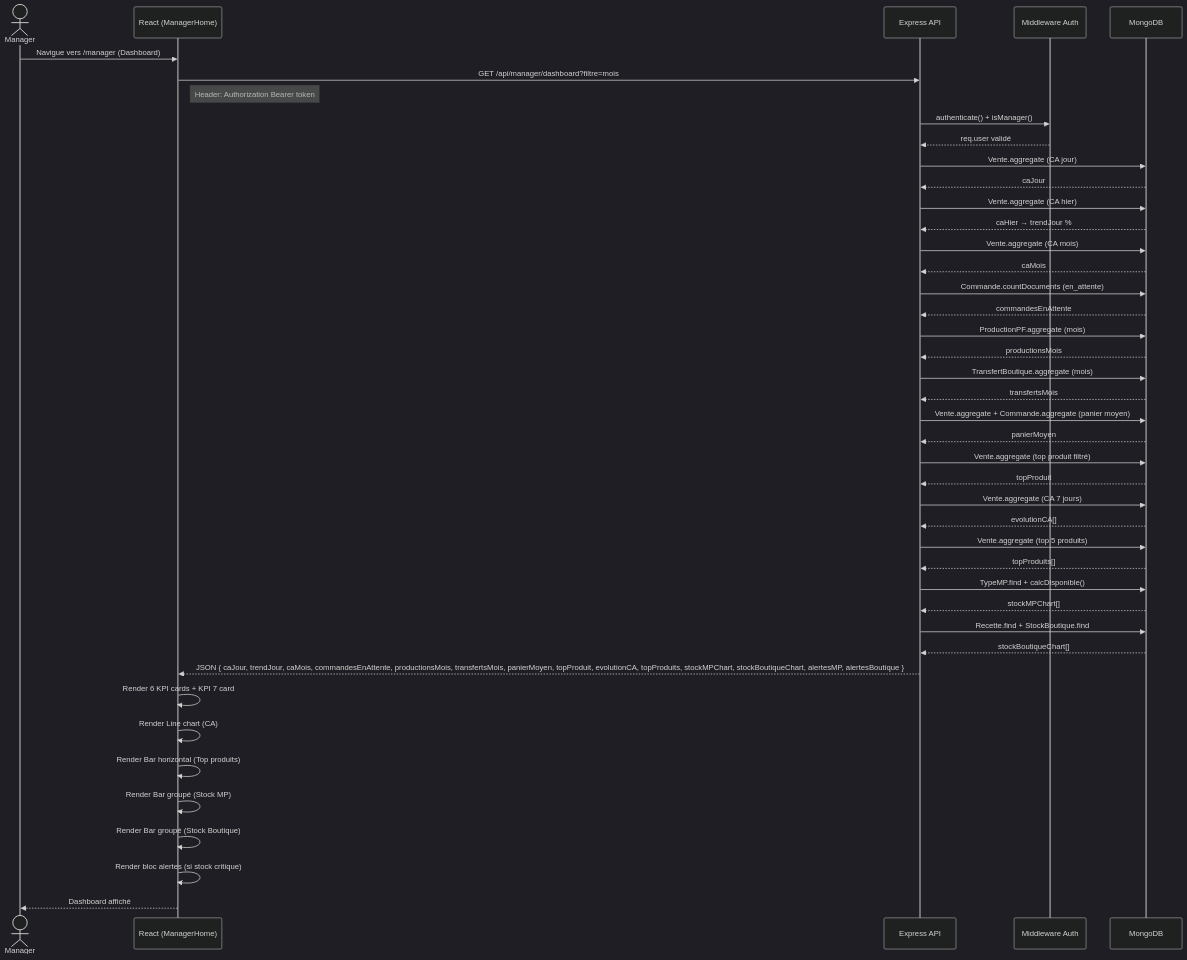
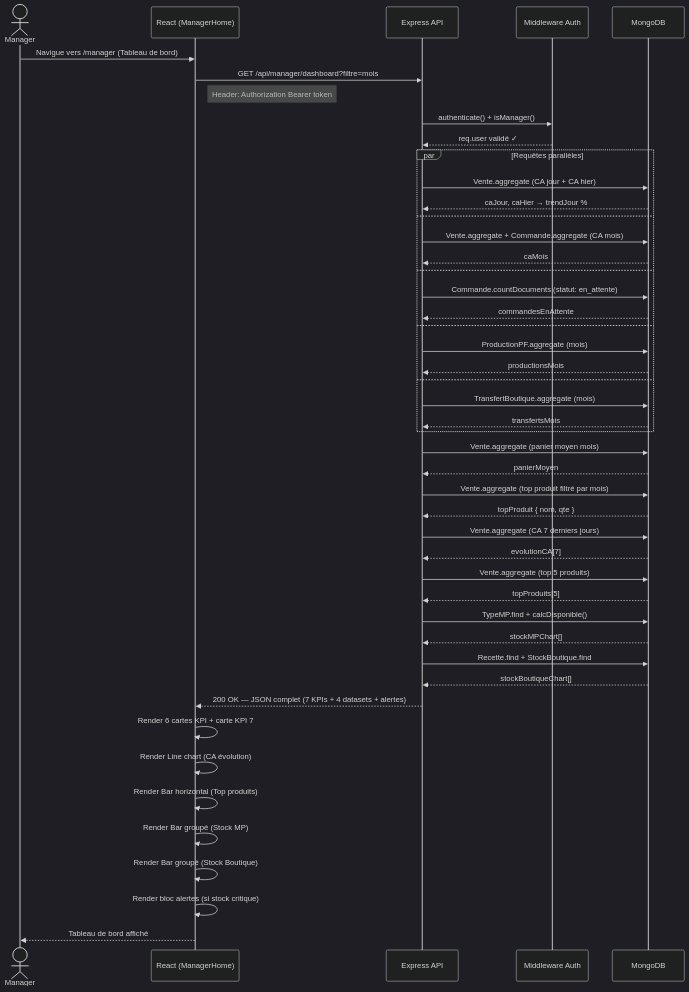
One commit to mo3t3z/smartjuiceM changed the second of 6 diagrams in rapport_sprint4.md. Above: the diagram before and after it, drawn with Mermaid (dark theme). The commit also changed other lines of this file and 4 other files, not shown here.

````diff
--- a/rapport_sprint4.md
+++ b/rapport_sprint4.md
@@ -295,62 +177,61 @@
 ```mermaid
 sequenceDiagram
     actor Manager
-    participant Frontend as React (ManagerHome)
+    participant React as React (ManagerHome)
     participant API as Express API
     participant Auth as Middleware Auth
     participant DB as MongoDB
 
-    Manager->>Frontend: Navigue vers /manager (Dashboard)
-    Frontend->>API: GET /api/manager/dashboard?filtre=mois
-    Note right of Frontend: Header: Authorization Bearer token
+    Manager->>React: Navigue vers /manager (Tableau de bord)
+    React->>API: GET /api/manager/dashboard?filtre=mois
+    Note right of React: Header: Authorization Bearer token
 
     API->>Auth: authenticate() + isManager()
-    Auth-->>API: req.user validé
+    Auth-->>API: req.user validé ✓
 
-    API->>DB: Vente.aggregate (CA jour)
-    DB-->>API: caJour
+    par Requêtes parallèles
+        API->>DB: Vente.aggregate (CA jour + CA hier)
+        DB-->>API: caJour, caHier → trendJour %
+    and
+        API->>DB: Vente.aggregate + Commande.aggregate (CA mois)
+        DB-->>API: caMois
+    and
+        API->>DB: Commande.countDocuments (statut: en_attente)
+        DB-->>API: commandesEnAttente
+    and
+        API->>DB: ProductionPF.aggregate (mois)
+        DB-->>API: productionsMois
+    and
+        API->>DB: TransfertBoutique.aggregate (mois)
+        DB-->>API: transfertsMois
+    end
 
-    API->>DB: Vente.aggregate (CA hier)
-    DB-->>API: caHier → trendJour %
-
-    API->>DB: Vente.aggregate (CA mois)
-    DB-->>API: caMois
-
-    API->>DB: Commande.countDocuments (en_attente)
-    DB-->>API: commandesEnAttente
-
-    API->>DB: ProductionPF.aggregate (mois)
-    DB-->>API: productionsMois
-
-    API->>DB: TransfertBoutique.aggregate (mois)
-    DB-->>API: transfertsMois
-
-    API->>DB: Vente.aggregate + Commande.aggregate (panier moyen)
+    API->>DB: Vente.aggregate (panier moyen mois)
     DB-->>API: panierMoyen
 
-    API->>DB: Vente.aggregate (top produit filtré)
-    DB-->>API: topProduit
+    API->>DB: Vente.aggregate (top produit filtré par mois)
+    DB-->>API: topProduit { nom, qte }
 
-    API->>DB: Vente.aggregate (CA 7 jours)
-    DB-->>API: evolutionCA[]
+    API->>DB: Vente.aggregate (CA 7 derniers jours)
+    DB-->>API: evolutionCA[7]
 
     API->>DB: Vente.aggregate (top 5 produits)
-    DB-->>API: topProduits[]
+    DB-->>API: topProduits[5]
 
     API->>DB: TypeMP.find + calcDisponible()
     DB-->>API: stockMPChart[]
 
     API->>DB: Recette.find + StockBoutique.find
     DB-->>API: stockBoutiqueChart[]
 
-    API-->>Frontend: JSON { caJour, trendJour, caMois, commandesEnAttente, productionsMois, transfertsMois, panierMoyen, topProduit, evolutionCA, topProduits, stockMPChart, stockBoutiqueChart, alertesMP, alertesBoutique }
+    API-->>React: 200 OK — JSON complet (7 KPIs + 4 datasets + alertes)
 
-    Frontend->>Frontend: Render 6 KPI cards + KPI 7 card
-    Frontend->>Frontend: Render Line chart (CA)
-    Frontend->>Frontend: Render Bar horizontal (Top produits)
-    Frontend->>Frontend: Render Bar groupé (Stock MP)
-    Frontend->>Frontend: Render Bar groupé (Stock Boutique)
-    Frontend->>Frontend: Render bloc alertes (si stock critique)
+    React->>React: Render 6 cartes KPI + carte KPI 7
+    React->>React: Render Line chart (CA évolution)
+    React->>React: Render Bar horizontal (Top produits)
+    React->>React: Render Bar groupé (Stock MP)
+    React->>React: Render Bar groupé (Stock Boutique)
+    React->>React: Render bloc alertes (si stock critique)
 
-    Frontend-->>Manager: Dashboard affiché
+    React-->>Manager: Tableau de bord affiché
 ```
````
